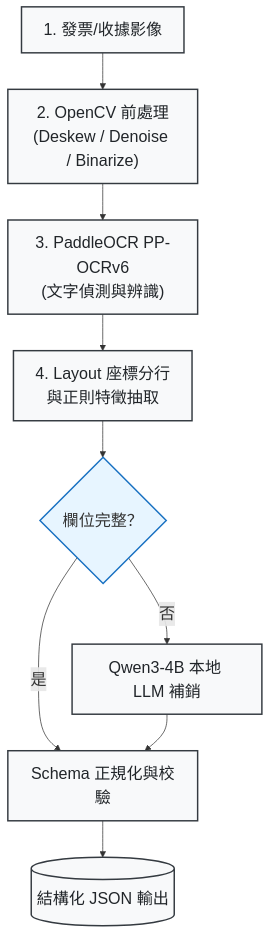
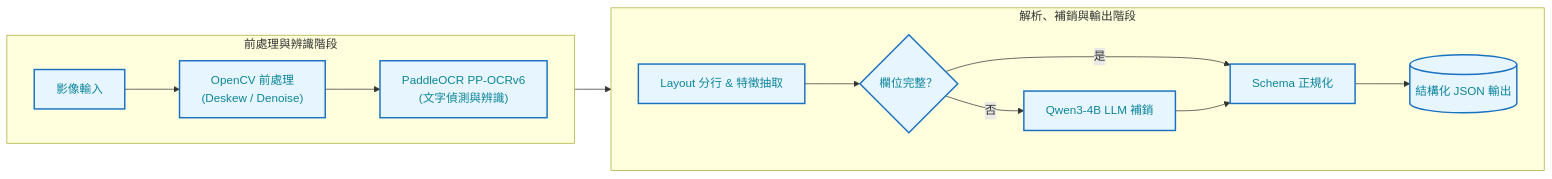
Before and after one commit to kuotunyu/receipt-ocr-vlm-benchmark: the first of 3 diagrams in README.md, drawn with Mermaid. The commit also changed other lines of this file, not shown here.

Commit message:
docs: adjust Pipeline A and B to 2-row horizontal layout with comfortable font size

````diff
--- a/README.md
+++ b/README.md
@@ -33,16 +33,21 @@
 ```mermaid
-%%{init: {'themeVariables': {'fontSize': '22px'}}}%%
-flowchart TD
-    A1["1. 發票/收據影像"] --> A2["2. OpenCV 前處理<br/>(Deskew / Denoise / Binarize)"]
-    A2 --> A3["3. PaddleOCR PP-OCRv6<br/>(文字偵測與辨識)"]
-    A3 --> A4["4. Layout 座標分行<br/>與正則特徵抽取"]
-    A4 --> A5{"欄位完整？"}
-    A5 -->|否| A6["Qwen3-4B 本地 LLM 補銷"]
-    A5 -->|是| A7["Schema 正規化與校驗"]
-    A6 --> A7
-    A7 --> A8[("結構化 JSON 輸出")]
+%%{init: {'themeVariables': {'fontSize': '16px'}}}%%
+flowchart LR
+    subgraph Row1 ["前處理與辨識階段"]
+        direction LR
+        A1["影像輸入"] --> A2["OpenCV 前處理<br/>(Deskew / Denoise)"] --> A3["PaddleOCR PP-OCRv6<br/>(文字偵測與辨識)"]
+    end
 
-    style A5 fill:#e7f5ff,stroke:#1971c2,stroke-width:2px
-    classDef pipeA fill:#f8f9fa,stroke:#343a40,stroke-width:2px,color:#212529
-    class A1,A2,A3,A4,A6,A7,A8 pipeA
+    subgraph Row2 ["解析、補銷與輸出階段"]
+        direction LR
+        A4["Layout 分行 & 特徵抽取"] --> A5{"欄位完整？"}
+        A5 -->|否| A6["Qwen3-4B LLM 補銷"]
+        A5 -->|是| A7["Schema 正規化"]
+        A6 --> A7 --> A8[("結構化 JSON 輸出")]
+    end
+
+    Row1 --> Row2
+
+    classDef pipeA fill:#e7f5ff,stroke:#1971c2,stroke-width:2px,color:#0c8599
+    class A1,A2,A3,A4,A5,A6,A7,A8 pipeA
 ```
````
